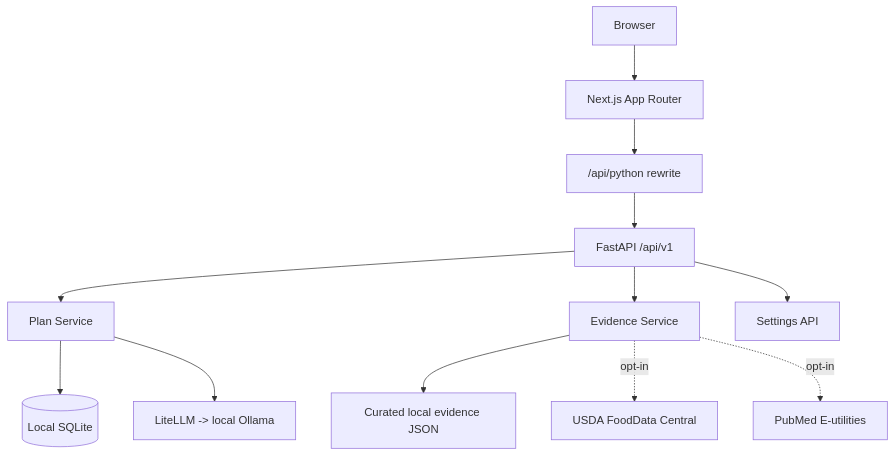
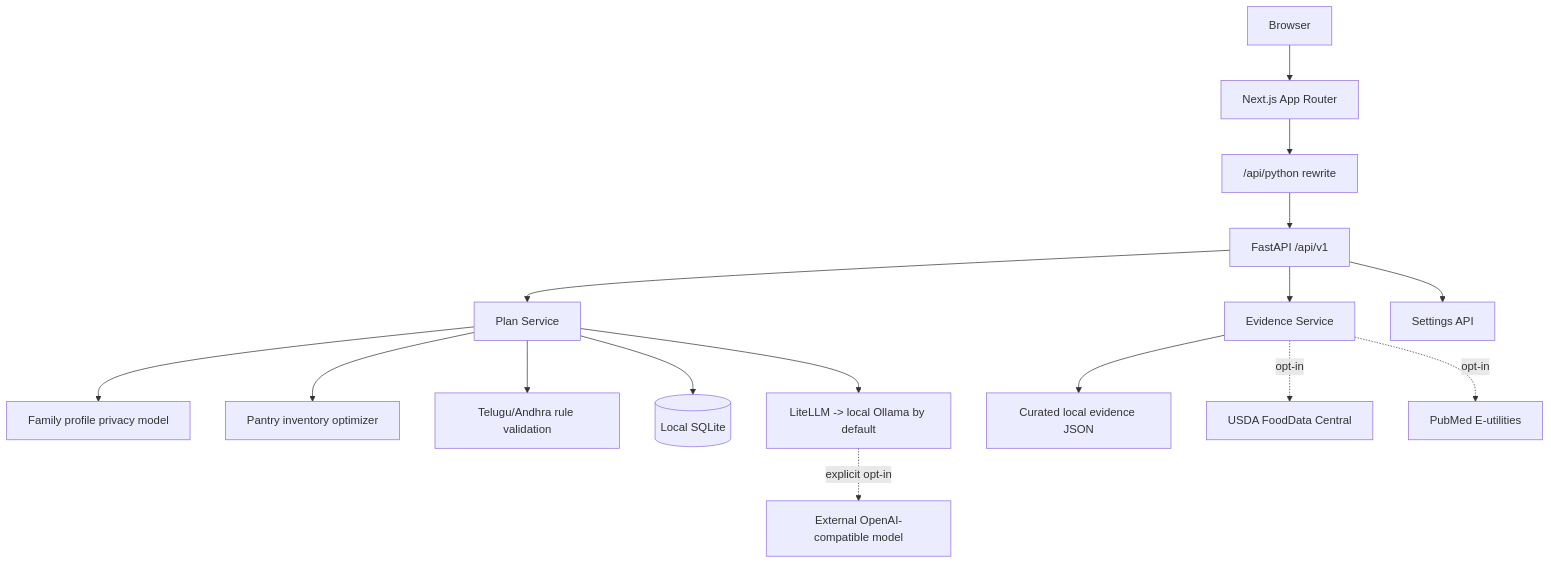
The diagram in ARCHITECTURE.md (Anudeepsrib/Annapurna-AI), drawn with Mermaid before and after one commit. The commit also changed other lines of this file and 23 other files, not shown here.

````diff
--- a/ARCHITECTURE.md
+++ b/ARCHITECTURE.md
@@ -6,14 +6,18 @@
 ```mermaid
 graph TB
     User["Browser"] --> Frontend["Next.js App Router"]
     Frontend --> Rewrite["/api/python rewrite"]
     Rewrite --> API["FastAPI /api/v1"]
     API --> PlanService["Plan Service"]
     API --> EvidenceService["Evidence Service"]
     API --> Settings["Settings API"]
+    PlanService --> PrivacyModel["Family profile privacy model"]
+    PlanService --> Pantry["Pantry inventory optimizer"]
+    PlanService --> Rules["Telugu/Andhra rule validation"]
     PlanService --> SQLite[("Local SQLite")]
-    PlanService --> LLM["LiteLLM -> local Ollama"]
+    PlanService --> LLM["LiteLLM -> local Ollama by default"]
+    LLM -. explicit opt-in .-> CloudLLM["External OpenAI-compatible model"]
     EvidenceService --> LocalEvidence["Curated local evidence JSON"]
     EvidenceService -. opt-in .-> USDA["USDA FoodData Central"]
     EvidenceService -. opt-in .-> PubMed["PubMed E-utilities"]
 ```
````
